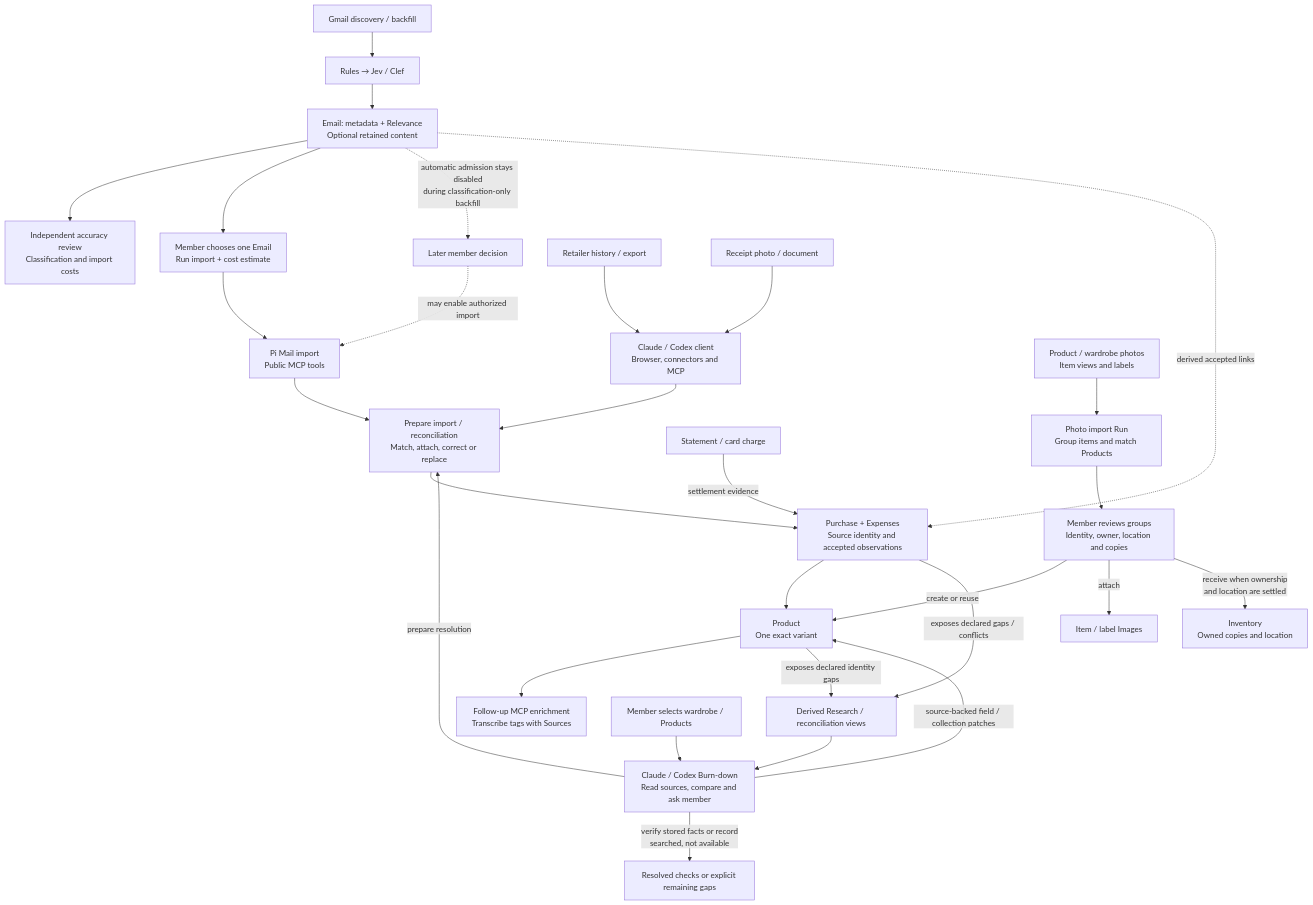
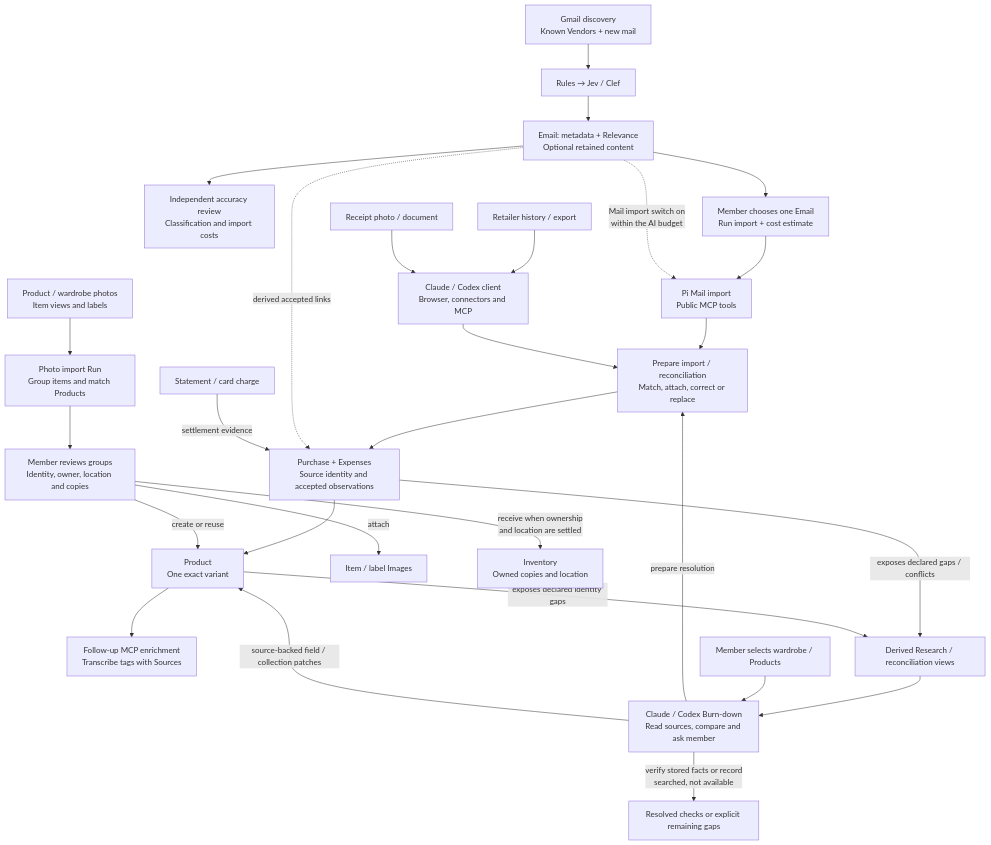
One commit to nickysemenza/cubby changed the third of 3 diagrams in README.md. Above: the diagram before and after it, drawn with Mermaid. The commit also changed 106 other files, not shown here.

````diff
--- a/README.md
+++ b/README.md
@@ -311,34 +311,33 @@
 ```mermaid
 flowchart TB
-  Gmail["Gmail discovery / backfill"] --> Classify["Rules → Jev / Clef"]
+  Gmail["Gmail discovery<br/>Known Vendors + new mail"] --> Classify["Rules → Jev / Clef"]
   Classify --> Email["Email: metadata + Relevance<br/>Optional retained content"]
   Email --> Accuracy["Independent accuracy review<br/>Classification and import costs"]
   Email --> Manual["Member chooses one Email<br/>Run import + cost estimate"]
   Manual --> Pi["Pi Mail import<br/>Public MCP tools"]
-  Email -. "automatic admission stays disabled<br/>during classification-only backfill" .-> Gate["Later member decision"]
-  Gate -. "may enable authorized import" .-> Pi
+  Email -. "Mail import switch on<br/>within the AI budget" .-> Pi
 
   Retailer["Retailer history / export"] --> Client["Claude / Codex client<br/>Browser, connectors and MCP"]
   Receipt["Receipt photo / document"] --> Client
   Pi --> Import["Prepare import / reconciliation<br/>Match, attach, correct or replace"]
   Client --> Import
   Import --> Purchase["Purchase + Expenses<br/>Source identity and accepted observations"]
   Purchase --> Product["Product<br/>One exact variant"]
   Email -. "derived accepted links" .-> Purchase
   Statement["Statement / card charge"] -- "settlement evidence" --> Purchase
 
   Photos["Product / wardrobe photos<br/>Item views and labels"] --> Groups["Photo import Run<br/>Group items and match Products"]
   Groups --> Approval["Member reviews groups<br/>Identity, owner, location and copies"]
   Approval -- "create or reuse" --> Product
   Approval -- "attach" --> Images["Item / label Images"]
   Approval -- "receive when ownership<br/>and location are settled" --> Inventory["Inventory<br/>Owned copies and location"]
   Product --> TagReview["Follow-up MCP enrichment<br/>Transcribe tags with Sources"]
 
   Purchase -- "exposes declared gaps / conflicts" --> Queue["Derived Research / reconciliation views"]
   Product -- "exposes declared identity gaps" --> Queue
   Queue --> Burn["Claude / Codex Burn-down<br/>Read sources, compare and ask member"]
   Wardrobe["Member selects wardrobe / Products"] --> Burn
   Burn -- "prepare resolution" --> Import
   Burn -- "source-backed field / collection patches" --> Product
   Burn -- "verify stored facts or record<br/>searched, not available" --> Result["Resolved checks or explicit remaining gaps"]
 ```
````
